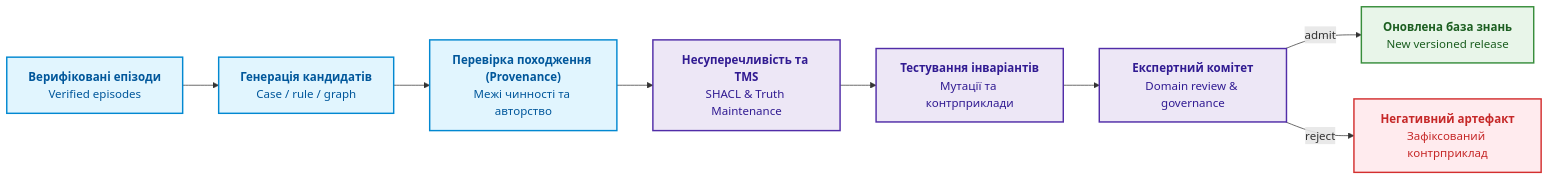
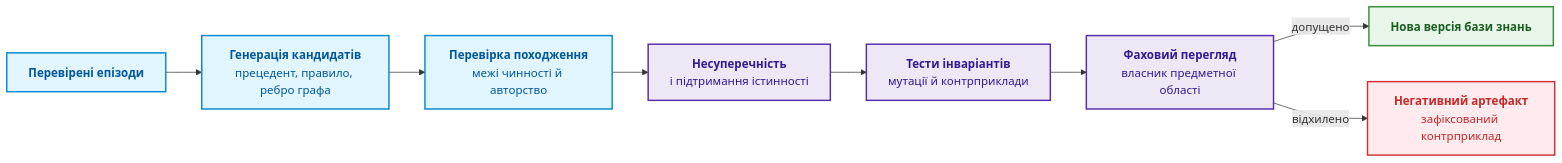
Before and after one commit to nick-fedchik/articles: the fifth of 7 diagrams in ExpertSystem/ch26-continual-learning.md, drawn with Mermaid. The commit also changed other lines of this file, not shown here.

First line of the commit message:
docs(ch26): editorial rewrite with verified sources and linked footnotes

````diff
--- a/ExpertSystem/ch26-continual-learning.md
+++ b/ExpertSystem/ch26-continual-learning.md
@@ -390,23 +361,23 @@
 ```mermaid
 flowchart LR
     accTitle: Перегляд та допуск кандидатів на оновлення бази знань
-    accDescr: Від верифікованих епізодів через валідацію походження та несуперечності до затвердження експертами.
+    accDescr: Перевірені епізоди породжують кандидатів, які проходять перевірку походження, несуперечності й підтримання істинності, тести інваріантів і фаховий перегляд, після чого стають новою версією бази знань або зафіксованим контрприкладом.
 
-    F["<b>Верифіковані епізоди</b><br/>Verified episodes"] --> GEN["<b>Генерація кандидатів</b><br/>Case / rule / graph"]
-    GEN --> PROV["<b>Перевірка походження (Provenance)</b><br/>Межі чинності та авторство"]
-    PROV --> CONS["<b>Несуперечливість та TMS</b><br/>SHACL & Truth Maintenance"]
-    CONS --> TEST["<b>Тестування інваріантів</b><br/>Мутації та контрприклади"]
-    TEST --> EXP["<b>Експертний комітет</b><br/>Domain review & governance"]
-    EXP -->|admit| KB["<b>Оновлена база знань</b><br/>New versioned release"]
-    EXP -->|reject| NEG["<b>Негативний артефакт</b><br/>Зафіксований контрприклад"]
+    F["<b>Перевірені епізоди</b>"] --> GEN["<b>Генерація кандидатів</b><br/>прецедент, правило, ребро графа"]
+    GEN --> PROV["<b>Перевірка походження</b><br/>межі чинності й авторство"]
+    PROV --> CONS["<b>Несуперечність</b><br/>і підтримання істинності"]
+    CONS --> TEST["<b>Тести інваріантів</b><br/>мутації й контрприклади"]
+    TEST --> EXP["<b>Фаховий перегляд</b><br/>власник предметної області"]
+    EXP -->|"допущено"| KB["<b>Нова версія бази знань</b>"]
+    EXP -->|"відхилено"| NEG["<b>Негативний артефакт</b><br/>зафіксований контрприклад"]
 
     classDef inp fill:#e1f5fe,stroke:#0288d1,stroke-width:2px,color:#01579b;
     classDef test fill:#ede7f6,stroke:#512da8,stroke-width:2px,color:#311b92;
     classDef ok fill:#e8f5e9,stroke:#388e3c,stroke-width:2px,color:#1b5e20;
     classDef fail fill:#ffebee,stroke:#d32f2f,stroke-width:2px,color:#c62828;
 
     class F,GEN,PROV inp;
     class CONS,TEST,EXP test;
     class KB ok;
     class NEG fail;
 ```
````
